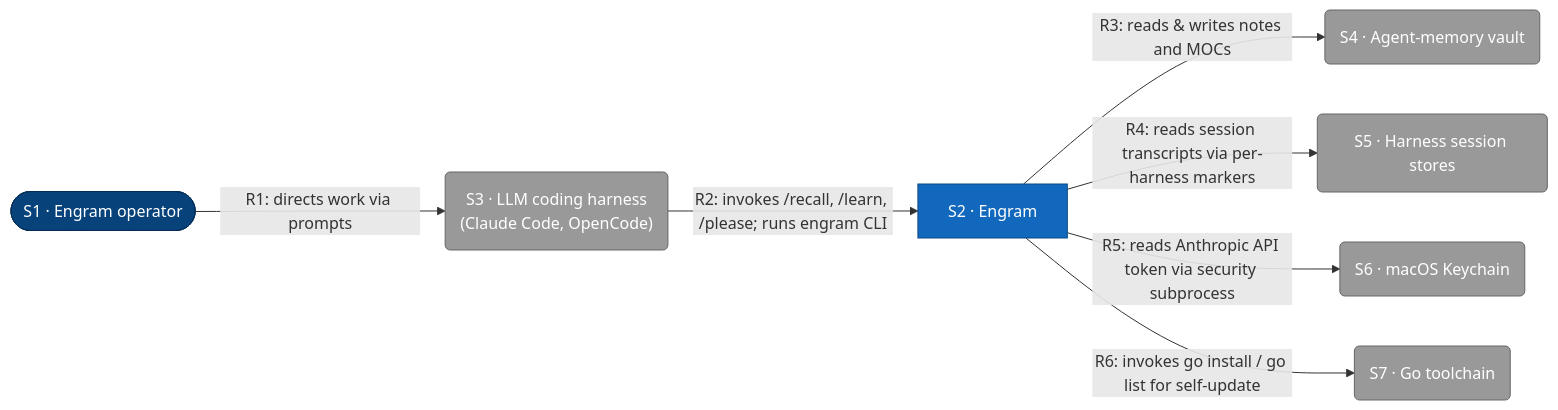
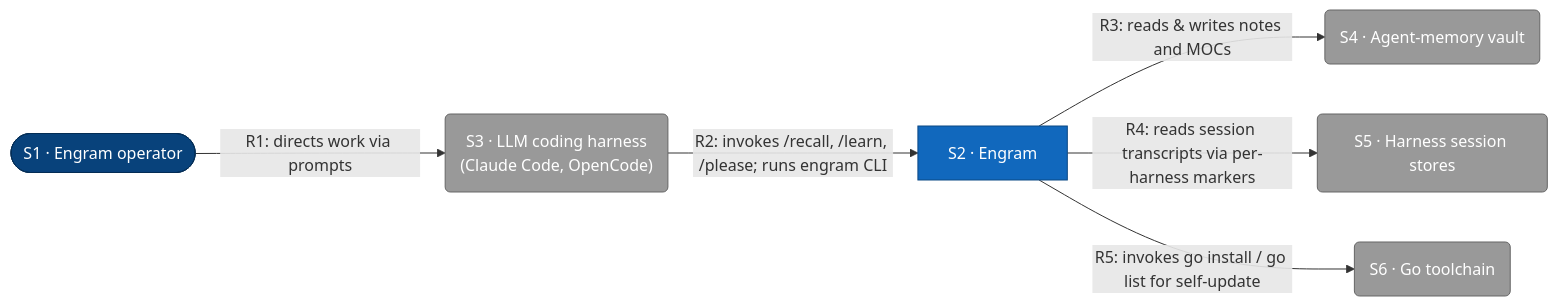
The diagram in docs/architecture/c1-system-context.md (toejough/engram), drawn with Mermaid before and after one commit. The commit also changed other lines of this file and 5 other files, not shown here.

````diff
--- a/docs/architecture/c1-system-context.md
+++ b/docs/architecture/c1-system-context.md
@@ -8,33 +8,30 @@
 ```mermaid
 flowchart LR
     classDef person      fill:#08427b,stroke:#052e56,color:#fff
     classDef external    fill:#999,   stroke:#666,   color:#fff
     classDef container   fill:#1168bd,stroke:#0b4884,color:#fff
 
     user([S1 · Engram operator])
     engram[S2 · Engram]
     harness("S3 · LLM coding harness<br/>(Claude Code, OpenCode)")
     vault(S4 · Agent-memory vault)
     sessions(S5 · Harness session stores)
-    keychain(S6 · macOS Keychain)
-    gotool(S7 · Go toolchain)
+    gotool(S6 · Go toolchain)
 
     user -->|"R1: directs work via prompts"| harness
     harness -->|"R2: invokes /recall, /learn, /please; runs engram CLI"| engram
     engram -->|"R3: reads & writes notes and MOCs"| vault
     engram -->|"R4: reads session transcripts via per-harness markers"| sessions
-    engram -->|"R5: reads Anthropic API token via security subprocess"| keychain
-    engram -->|"R6: invokes go install / go list for self-update"| gotool
+    engram -->|"R5: invokes go install / go list for self-update"| gotool
 
     class user person
-    class harness,vault,sessions,keychain,gotool external
+    class harness,vault,sessions,gotool external
     class engram container
 
     click user href "#s1-engram-operator"
     click engram href "#s2-engram"
     click harness href "#s3-llm-coding-harness"
     click vault href "#s4-agent-memory-vault"
     click sessions href "#s5-harness-session-stores"
-    click keychain href "#s6-macos-keychain"
-    click gotool href "#s7-go-toolchain"
+    click gotool href "#s6-go-toolchain"
 ```
````
